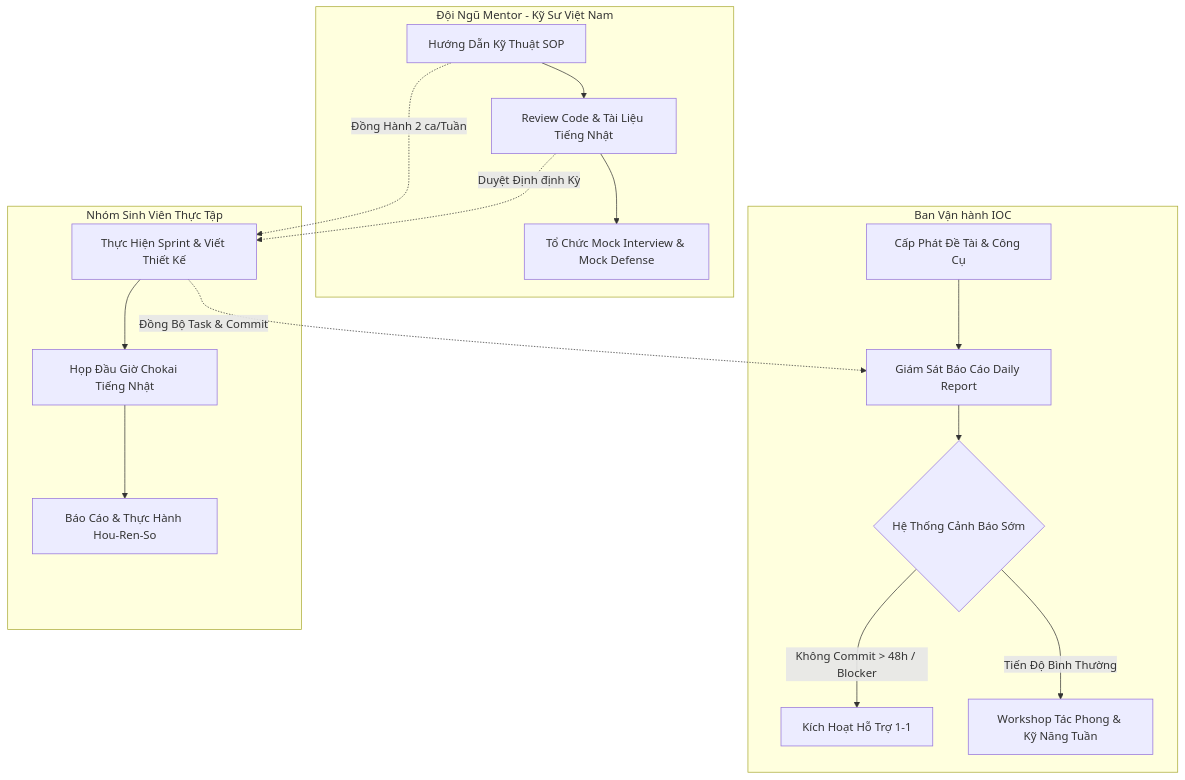
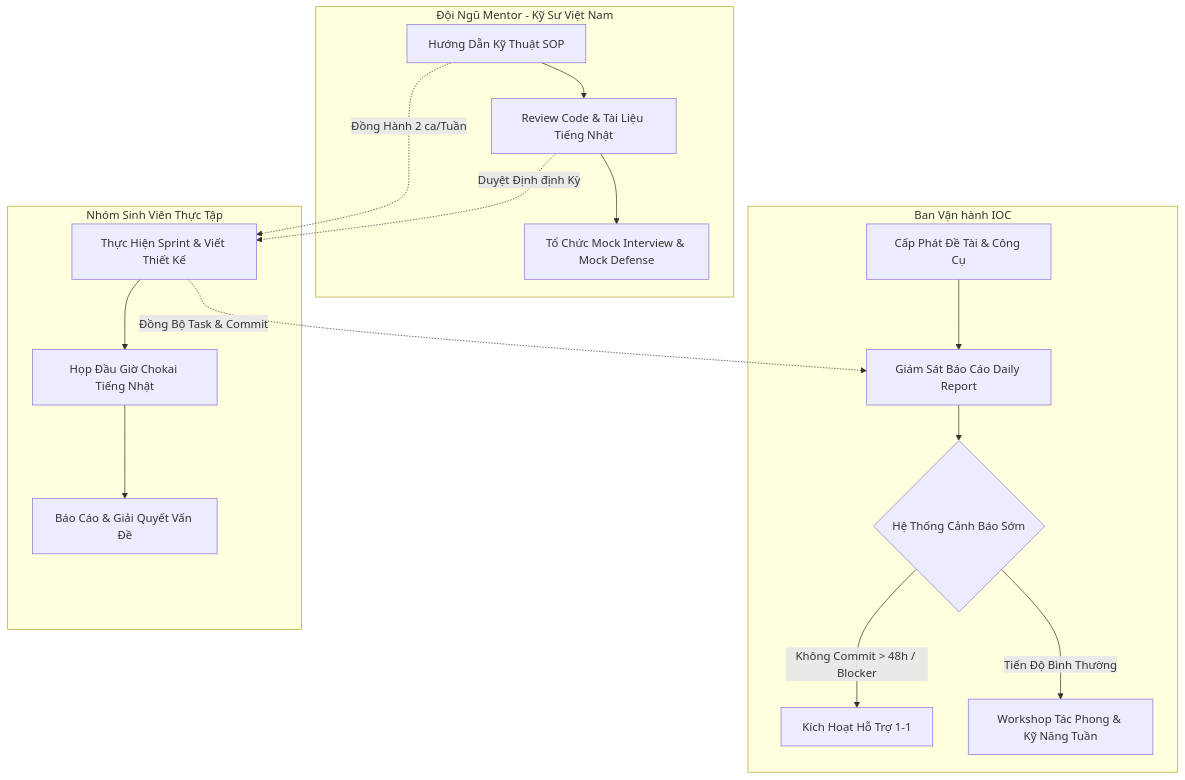
Before and after one commit to dodaide/startup-document: the diagram in ioc-fullstack-internship-program.md, drawn with Mermaid. The commit also changed other lines of this file and 11 other files, not shown here.

````diff
--- a/ioc-fullstack-internship-program.md
+++ b/ioc-fullstack-internship-program.md
@@ -38,23 +38,23 @@
 ```mermaid
 flowchart TD
     subgraph Operations [Ban Vận hành IOC]
         A[Cấp Phát Đề Tài & Công Cụ] --> B[Giám Sát Báo Cáo Daily Report]
         B --> C{Hệ Thống Cảnh Báo Sớm}
         C -- Không Commit > 48h / Blocker --> D[Kích Hoạt Hỗ Trợ 1-1]
         C -- Tiến Độ Bình Thường --> E[Workshop Tác Phong & Kỹ Năng Tuần]
     end
     
     subgraph Mentoring [Đội Ngũ Mentor - Kỹ Sư Việt Nam]
         F[Hướng Dẫn Kỹ Thuật SOP] --> G[Review Code & Tài Liệu Tiếng Nhật]
         G --> H[Tổ Chức Mock Interview & Mock Defense]
     end
     
     subgraph Interns [Nhóm Sinh Viên Thực Tập]
         I[Thực Hiện Sprint & Viết Thiết Kế] --> J[Họp Đầu Giờ Chokai Tiếng Nhật]
-        J --> K[Báo Cáo & Thực Hành Hou-Ren-So]
+        J --> K[Báo Cáo & Giải Quyết Vấn Đề]
     end
 
     I -. Đồng Bộ Task & Commit .-> B
     F -. Đồng Hành 2 ca/Tuần .-> I
     G -. Duyệt Định định Kỳ .-> I
 ```
````
